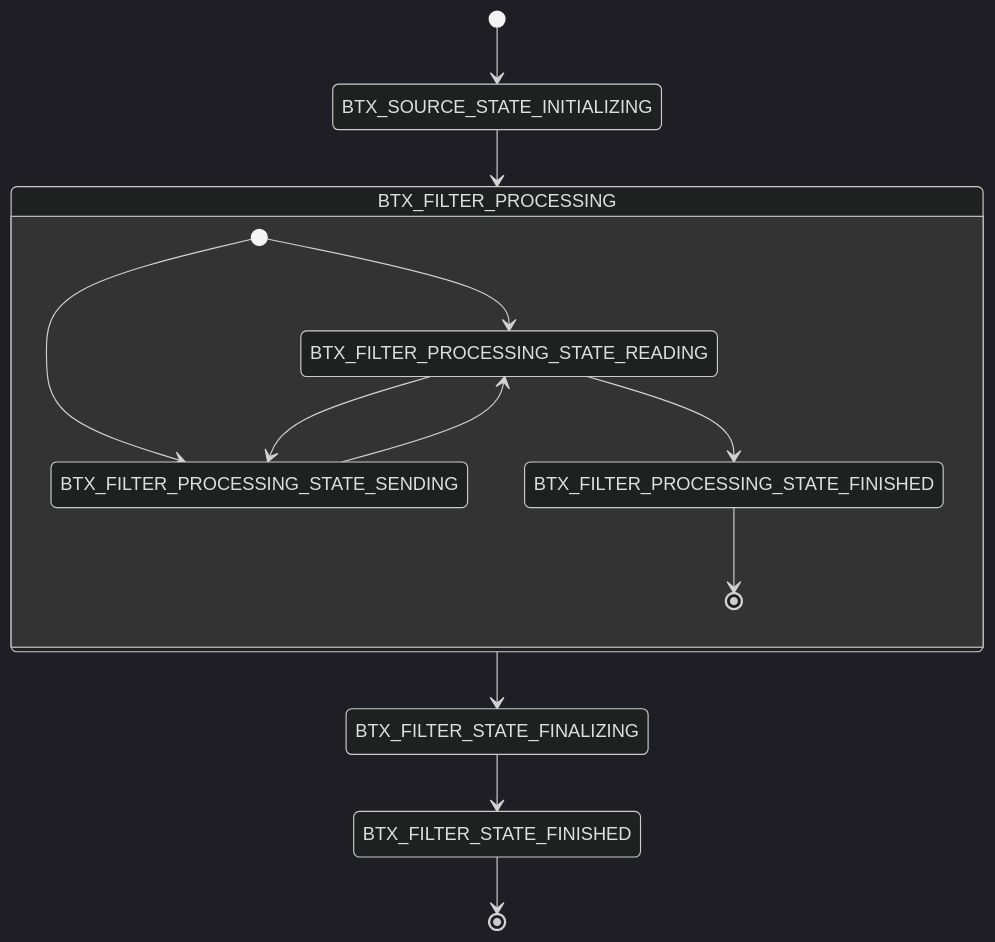
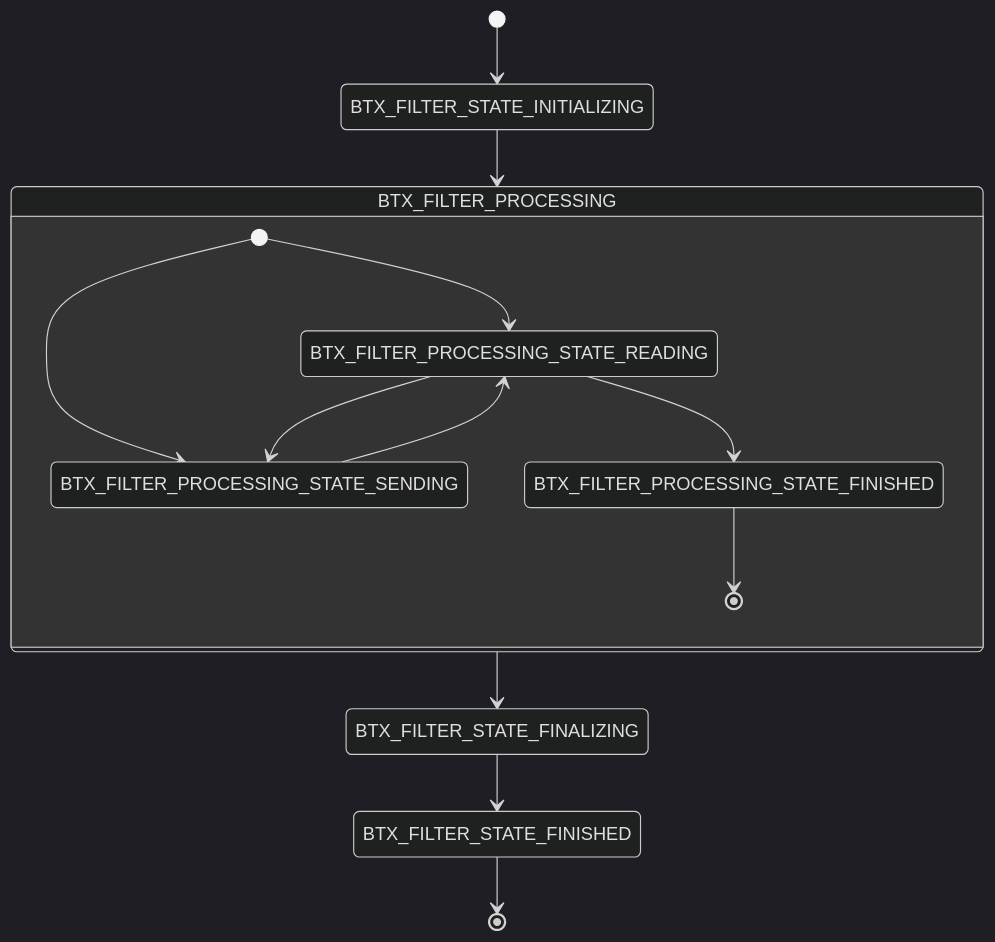
The second of 2 diagrams in README.md (TApplencourt/metababel), drawn with Mermaid (dark theme) before and after one commit.

````diff
--- a/README.md
+++ b/README.md
@@ -39,16 +39,16 @@
 ```mermaid
 stateDiagram-v2
-    [*] --> BTX_SOURCE_STATE_INITIALIZING
-    BTX_SOURCE_STATE_INITIALIZING --> BTX_FILTER_PROCESSING
+    [*] --> BTX_FILTER_STATE_INITIALIZING
+    BTX_FILTER_STATE_INITIALIZING --> BTX_FILTER_PROCESSING
     state BTX_FILTER_PROCESSING {
         [*] --> BTX_FILTER_PROCESSING_STATE_READING
         [*] --> BTX_FILTER_PROCESSING_STATE_SENDING
 	BTX_FILTER_PROCESSING_STATE_SENDING --> BTX_FILTER_PROCESSING_STATE_READING
     	BTX_FILTER_PROCESSING_STATE_READING --> BTX_FILTER_PROCESSING_STATE_SENDING
 	BTX_FILTER_PROCESSING_STATE_READING --> BTX_FILTER_PROCESSING_STATE_FINISHED
 	BTX_FILTER_PROCESSING_STATE_FINISHED --> [*]
     }
     BTX_FILTER_PROCESSING --> BTX_FILTER_STATE_FINALIZING
     BTX_FILTER_STATE_FINALIZING --> BTX_FILTER_STATE_FINISHED
     BTX_FILTER_STATE_FINISHED --> [*]
 ```
````
